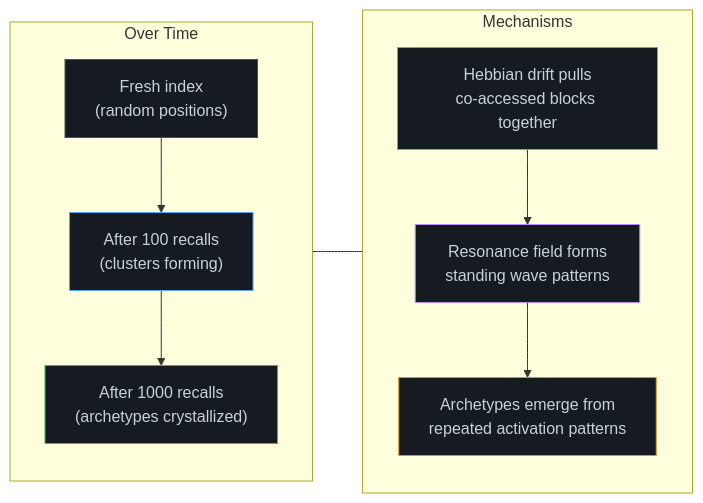
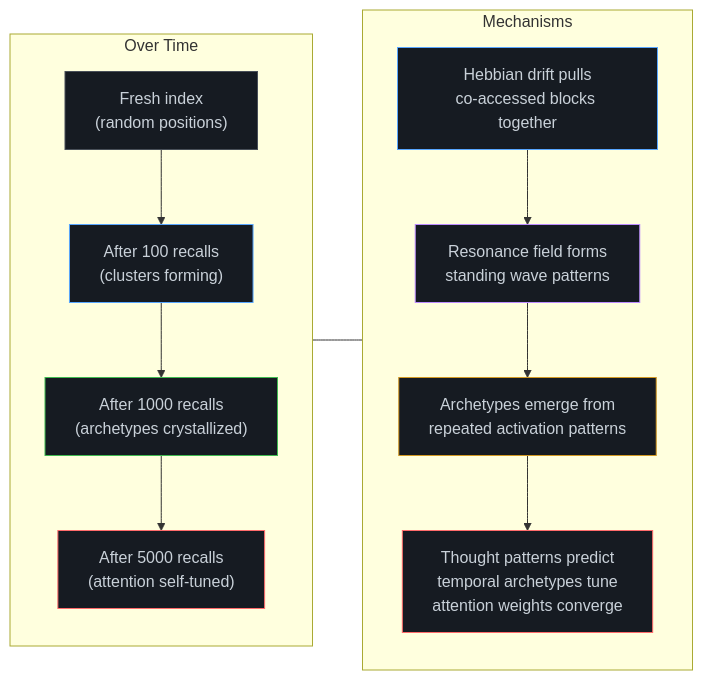
One commit to silentnoisehun/microscope-memory changed the third of 3 diagrams in README.md. Above: the diagram before and after it, drawn with Mermaid. The commit also changed other lines of this file and 1 other file, not shown here.

First line of the commit message:
Update README and Whitepaper for v0.5.0: 10-layer consciousness architecture

````diff
--- a/README.md
+++ b/README.md
@@ -106,27 +133,31 @@
 ```mermaid
 graph LR
     subgraph Time["Over Time"]
         direction TB
         T1["Fresh index\n(random positions)"]
         T2["After 100 recalls\n(clusters forming)"]
         T3["After 1000 recalls\n(archetypes crystallized)"]
-        T1 --> T2 --> T3
+        T4["After 5000 recalls\n(attention self-tuned)"]
+        T1 --> T2 --> T3 --> T4
     end
 
     subgraph Mechanisms
         direction TB
         M1[Hebbian drift pulls\nco-accessed blocks together]
         M2[Resonance field forms\nstanding wave patterns]
         M3[Archetypes emerge from\nrepeated activation patterns]
-        M1 --> M2 --> M3
+        M4[Thought patterns predict\ntemporal archetypes tune\nattention weights converge]
+        M1 --> M2 --> M3 --> M4
     end
 
     Time --- Mechanisms
 
     style T1 fill:#161b22,stroke:#484f58,color:#c9d1d9
     style T2 fill:#161b22,stroke:#58a6ff,color:#c9d1d9
     style T3 fill:#161b22,stroke:#3fb950,color:#c9d1d9
+    style T4 fill:#161b22,stroke:#ff6b6b,color:#c9d1d9
     style M1 fill:#161b22,stroke:#58a6ff,color:#c9d1d9
     style M2 fill:#161b22,stroke:#bc8cff,color:#c9d1d9
     style M3 fill:#161b22,stroke:#d29922,color:#c9d1d9
+    style M4 fill:#161b22,stroke:#ff6b6b,color:#c9d1d9
 ```
````
